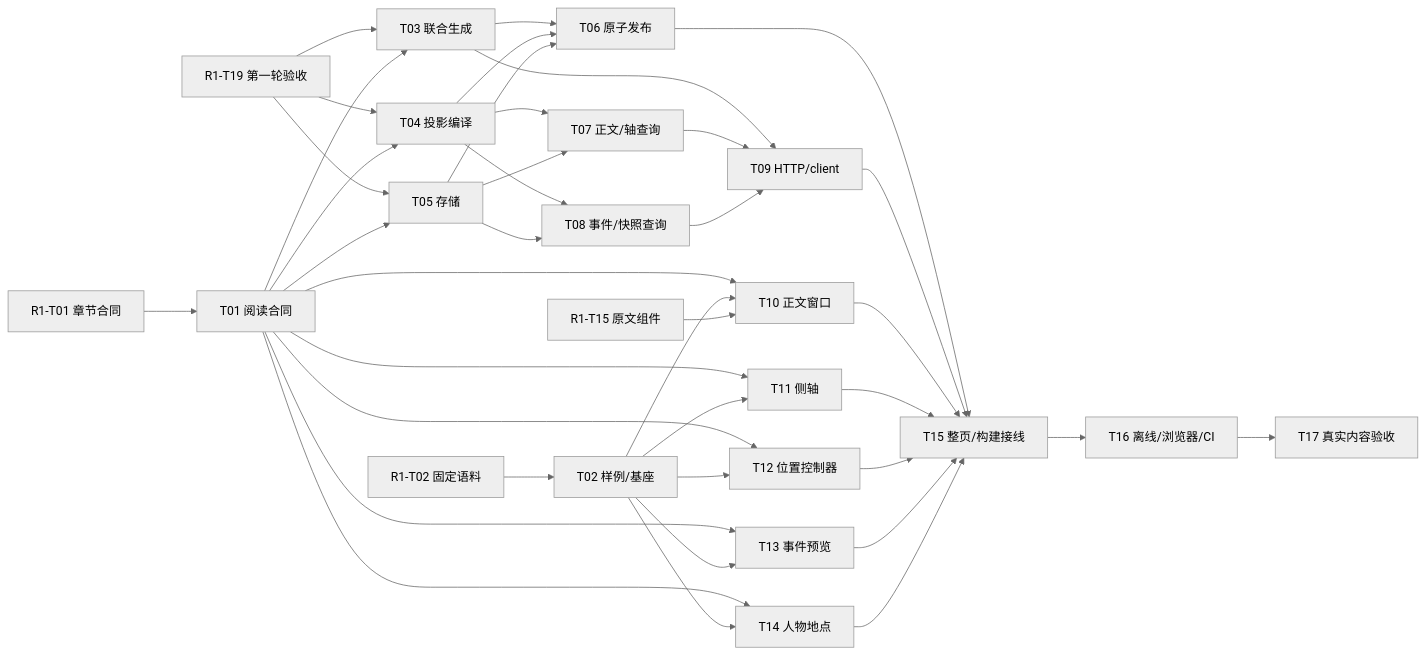
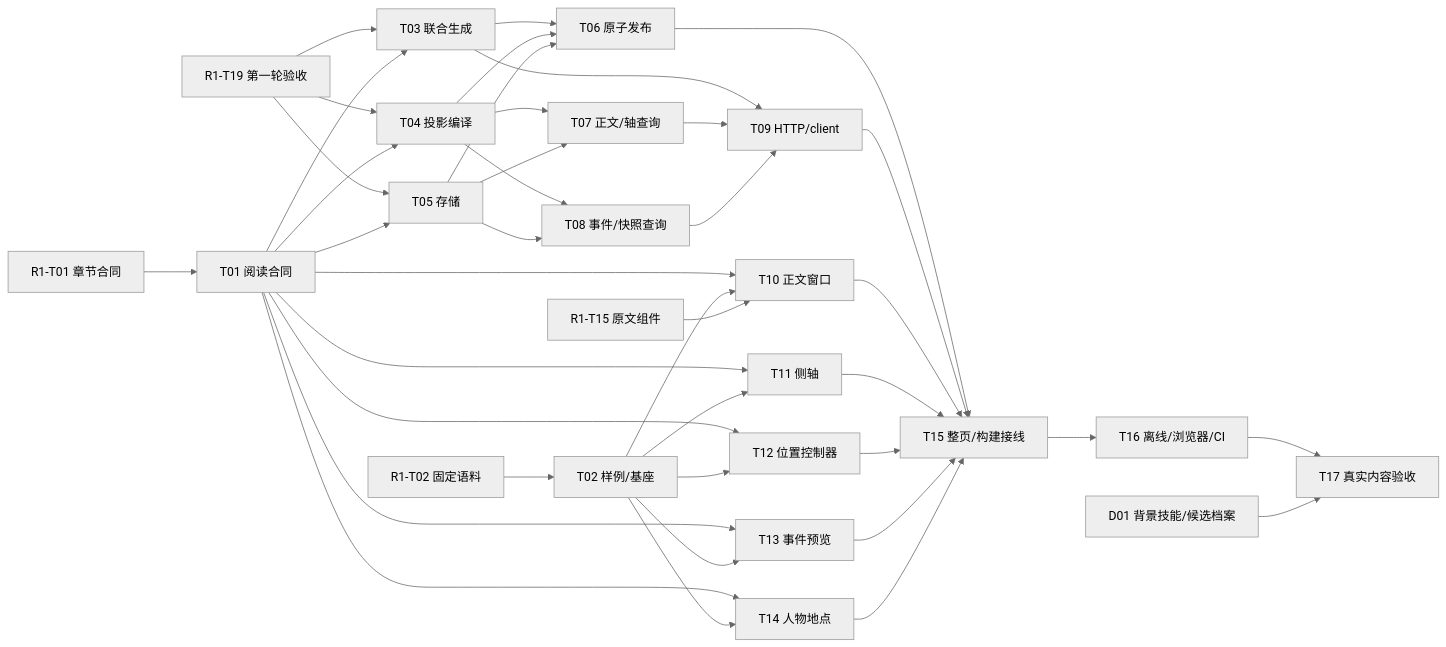
Before and after one commit to 6spot/Loom: the diagram in docs/tasks/chronicle/second-round/README.md, drawn with Mermaid (neutral theme). The commit also changed other lines of this file and 14 other files, not shown here.

````diff
--- a/docs/tasks/chronicle/second-round/README.md
+++ b/docs/tasks/chronicle/second-round/README.md
@@ -54,41 +57,42 @@
 ```mermaid
 flowchart LR
   R101["R1-T01 章节合同"] --> T01["T01 阅读合同"]
   R102["R1-T02 固定语料"] --> T02["T02 样例/基座"]
   R119["R1-T19 第一轮验收"] --> T03["T03 联合生成"]
   R119 --> T04["T04 投影编译"]
   R119 --> T05["T05 存储"]
   T01 --> T03
   T01 --> T04
   T01 --> T05
   T03 --> T06["T06 原子发布"]
   T04 --> T06
   T05 --> T06
   T04 --> T07["T07 正文/轴查询"]
   T05 --> T07
   T04 --> T08["T08 事件/快照查询"]
   T05 --> T08
   T03 --> T09["T09 HTTP/client"]
   T07 --> T09
   T08 --> T09
   T01 --> T10["T10 正文窗口"]
   T02 --> T10
   R115["R1-T15 原文组件"] --> T10
   T01 --> T11["T11 侧轴"]
   T02 --> T11
   T01 --> T12["T12 位置控制器"]
   T02 --> T12
   T01 --> T13["T13 事件预览"]
   T02 --> T13
   T01 --> T14["T14 人物地点"]
   T02 --> T14
   T06 --> T15["T15 整页/构建接线"]
   T09 --> T15
   T10 --> T15
   T11 --> T15
   T12 --> T15
   T13 --> T15
   T14 --> T15
   T15 --> T16["T16 离线/浏览器/CI"]
   T16 --> T17["T17 真实内容验收"]
+  D01["D01 背景技能/候选档案"] --> T17
 ```
````
